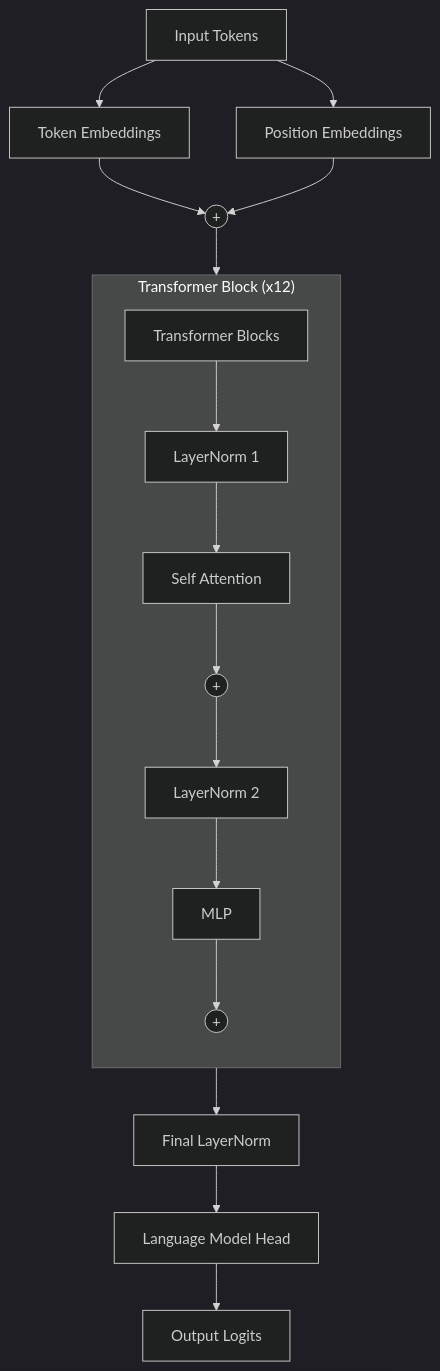
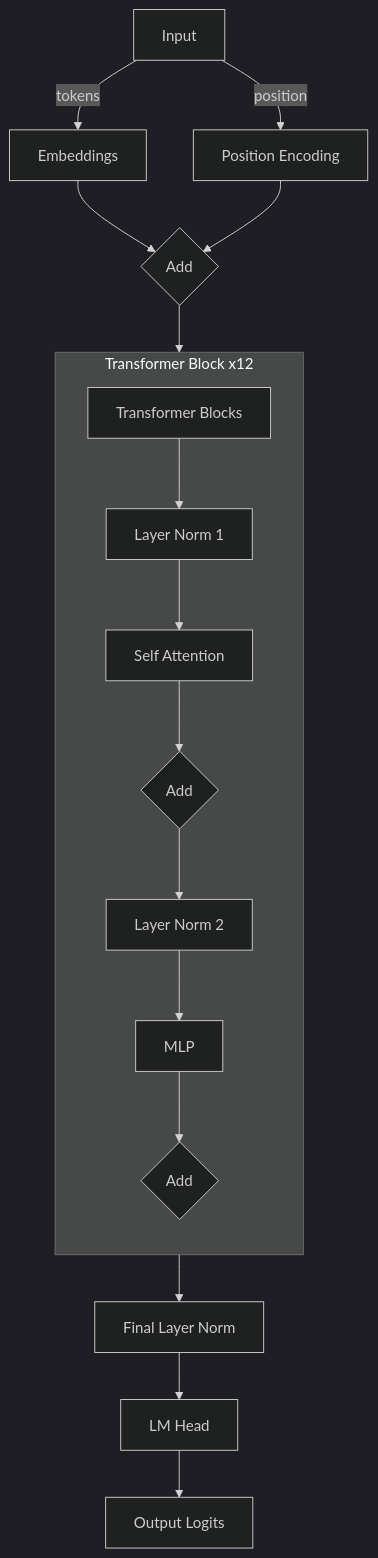
The diagram in README.md (satyasundar/erav3-s12), drawn with Mermaid (dark theme) before and after one commit. The commit also changed 4 other files, not shown here.

````diff
--- a/README.md
+++ b/README.md
@@ -21,22 +21,22 @@
 ```mermaid
 flowchart TD
-    Input[Input Tokens] --> TokenEmb[Token Embeddings]
-    Input --> PosEmb[Position Embeddings]
-    TokenEmb --> Add((+))
-    PosEmb --> Add
-    Add --> TransformerBlocks[Transformer Blocks]
+    A[Input] -->|tokens| B[Embeddings]
+    A -->|position| C[Position Encoding]
+    B --> D{Add}
+    C --> D
+    D --> E[Transformer Blocks]
     
-    subgraph TransformerBlock["Transformer Block (x12)"]
+    subgraph Block[Transformer Block x12]
         direction TB
-        TransformerBlocks --> LN1[LayerNorm 1]
-        LN1 --> Attention[Self Attention]
-        Attention --> ResConn1((+))
-        ResConn1 --> LN2[LayerNorm 2]
-        LN2 --> MLP[MLP]
-        MLP --> ResConn2((+))
+        E --> F[Layer Norm 1]
+        F --> G[Self Attention]
+        G --> H{Add}
+        H --> I[Layer Norm 2]
+        I --> J[MLP]
+        J --> K{Add}
     end
     
-    TransformerBlock --> FinalLN[Final LayerNorm]
-    FinalLN --> LMHead[Language Model Head]
-    LMHead --> Output[Output Logits]
+    Block --> L[Final Layer Norm]
+    L --> M[LM Head]
+    M --> N[Output Logits]
 ```
````
